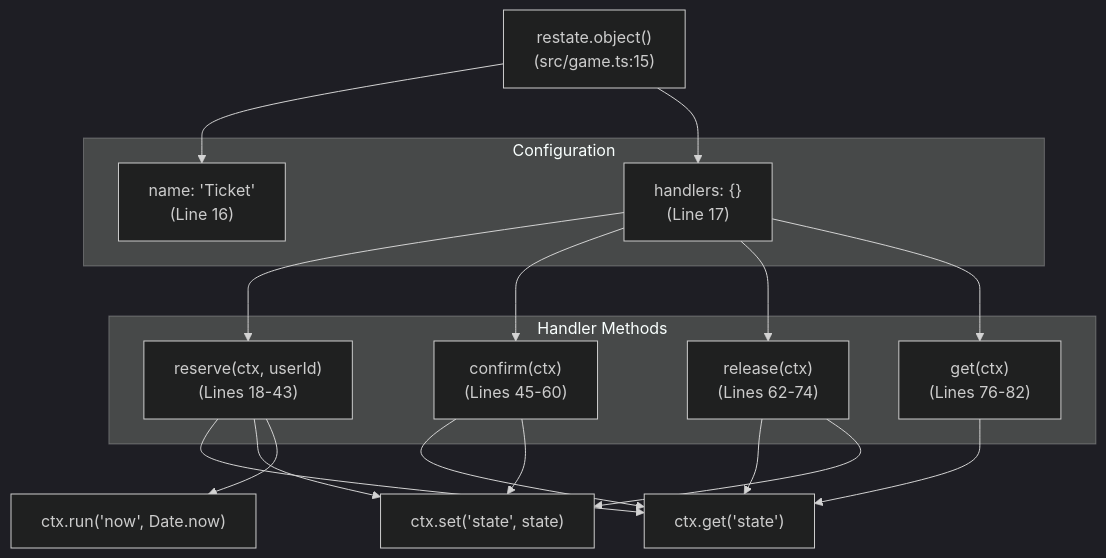
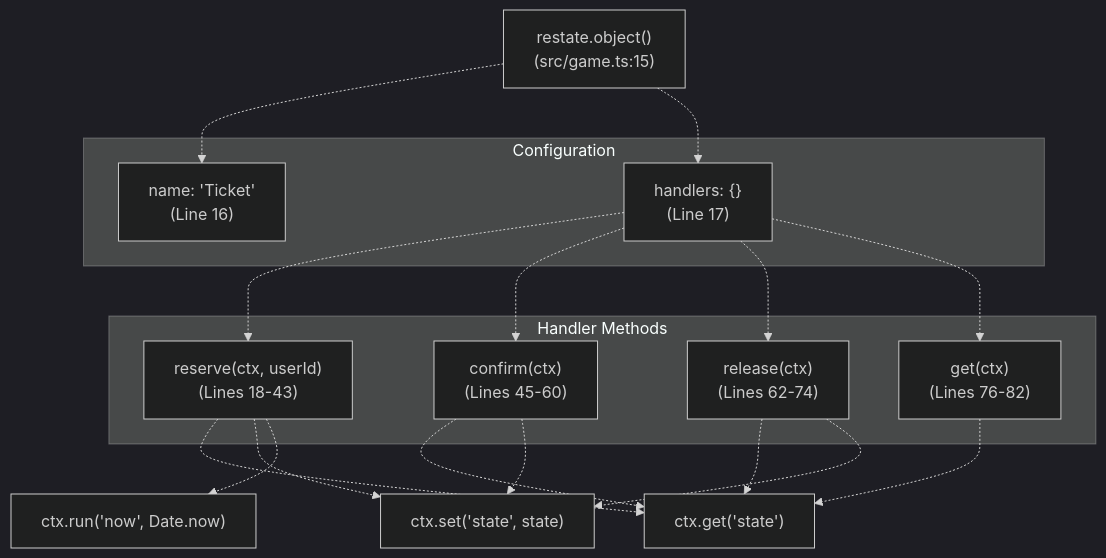
One commit to philipz/restate-cloudflare-workers-poc changed the second of 5 diagrams in docs/deepwiki/Ticket-Virtual-Object.md. Above: the diagram before and after it, drawn with Mermaid (dark theme). The commit also changed other lines of this file and 27 other files, not shown here.

````diff
--- a/docs/deepwiki/Ticket-Virtual-Object.md
+++ b/docs/deepwiki/Ticket-Virtual-Object.md
@@ -63,41 +63,41 @@
 ```mermaid
 flowchart TD
 
 ObjectDef["restate.object()<br>(src/game.ts:15)"]
 Name["name: 'Ticket'<br>(Line 16)"]
 Handlers["handlers: {}<br>(Line 17)"]
 Reserve["reserve(ctx, userId)<br>(Lines 18-43)"]
 Confirm["confirm(ctx)<br>(Lines 45-60)"]
 Release["release(ctx)<br>(Lines 62-74)"]
 Get["get(ctx)<br>(Lines 76-82)"]
 StateRead["ctx.get('state')"]
 StateWrite["ctx.set('state', state)"]
 TimeOp["ctx.run('now', Date.now)"]
 
-ObjectDef --> Name
-ObjectDef --> Handlers
-Handlers --> Reserve
-Handlers --> Confirm
-Handlers --> Release
-Handlers --> Get
-Reserve --> StateRead
-Reserve --> StateWrite
-Reserve --> TimeOp
-Confirm --> StateRead
-Confirm --> StateWrite
-Release --> StateRead
-Release --> StateWrite
-Get --> StateRead
+ObjectDef -.-> Name
+ObjectDef -.-> Handlers
+Handlers -.-> Reserve
+Handlers -.-> Confirm
+Handlers -.-> Release
+Handlers -.-> Get
+Reserve -.-> StateRead
+Reserve -.-> StateWrite
+Reserve -.-> TimeOp
+Confirm -.-> StateRead
+Confirm -.-> StateWrite
+Release -.-> StateRead
+Release -.-> StateWrite
+Get -.-> StateRead
 
 subgraph subGraph1 ["Handler Methods"]
     Reserve
     Confirm
     Release
     Get
 end
 
 subgraph Configuration ["Configuration"]
     Name
     Handlers
 end
 ```
````
